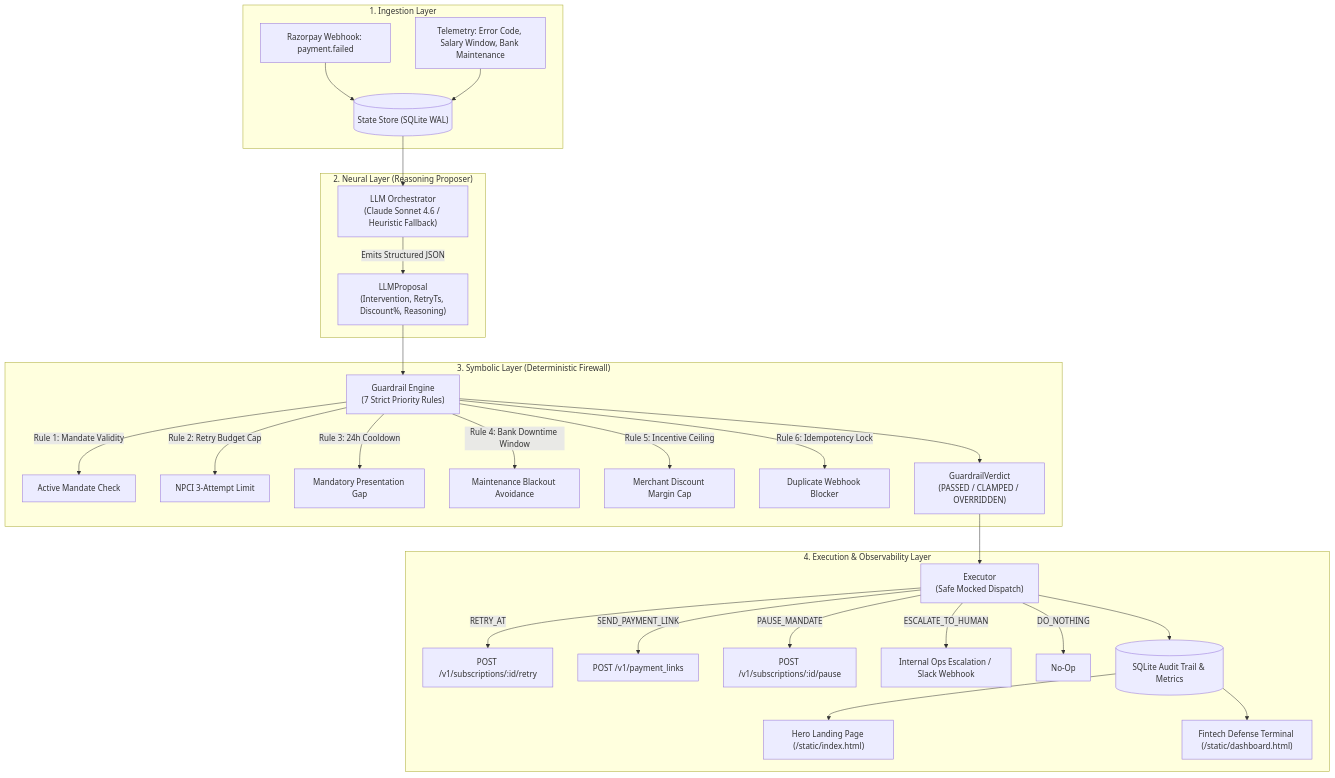
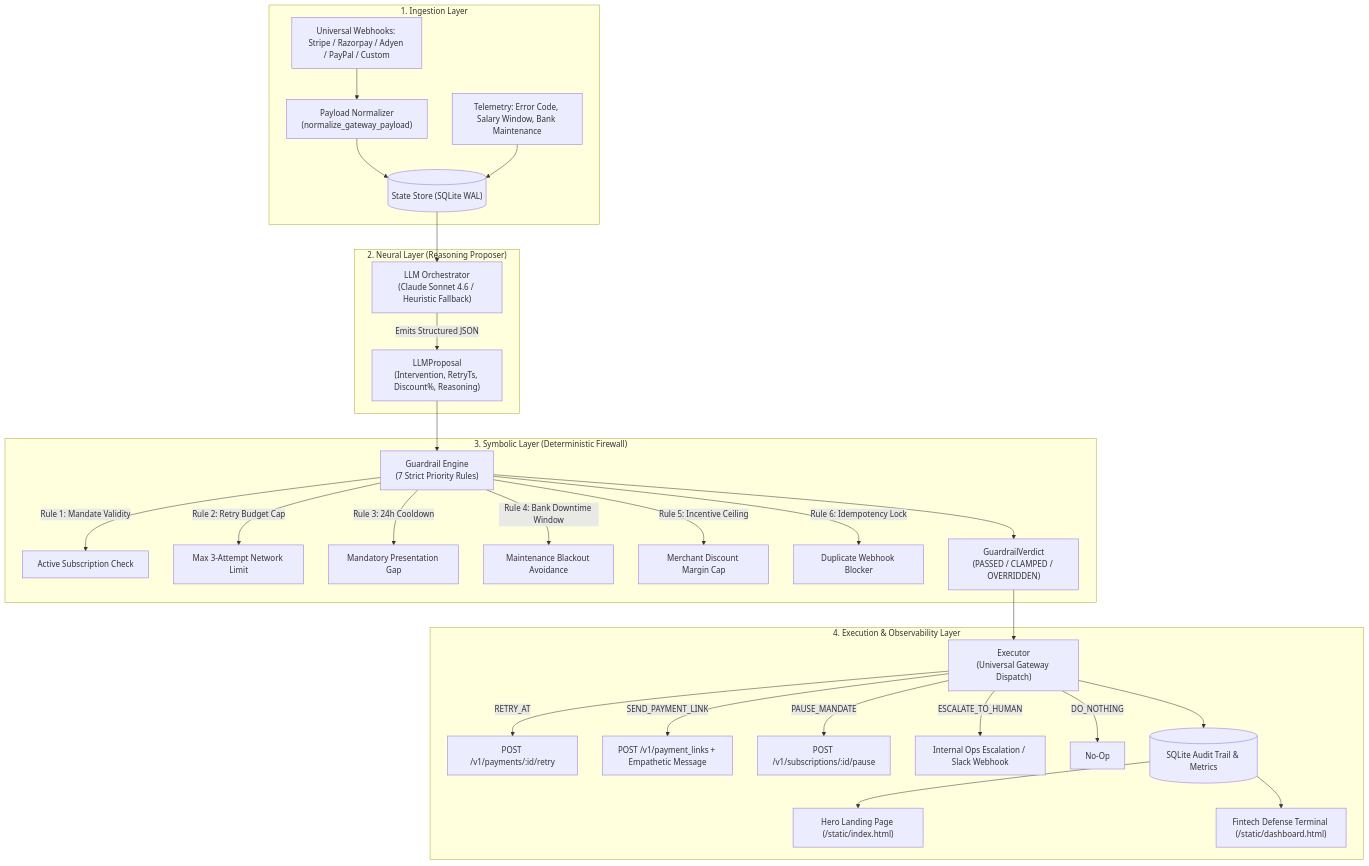
One commit to Awwad-007/TAHSIL changed the diagram in README.md. Above: the diagram before and after it, drawn with Mermaid. The commit also changed other lines of this file and 7 other files, not shown here.

````diff
--- a/README.md
+++ b/README.md
@@ -65,35 +100,36 @@
 ```mermaid
 flowchart TD
     subgraph INGESTION ["1. Ingestion Layer"]
-        WH["Razorpay Webhook: payment.failed"] --> STORE[("State Store (SQLite WAL)")]
+        WH["Universal Webhooks: Stripe / Razorpay / Adyen / PayPal / Custom"] --> NORM["Payload Normalizer<br/>(normalize_gateway_payload)"]
+        NORM --> STORE[("State Store (SQLite WAL)")]
         TEL["Telemetry: Error Code, Salary Window, Bank Maintenance"] --> STORE
     end
 
     subgraph NEURAL ["2. Neural Layer (Reasoning Proposer)"]
         STORE --> LLM["LLM Orchestrator<br/>(Claude Sonnet 4.6 / Heuristic Fallback)"]
         LLM -->|Emits Structured JSON| PROP["LLMProposal<br/>(Intervention, RetryTs, Discount%, Reasoning)"]
     end
 
     subgraph SYMBOLIC ["3. Symbolic Layer (Deterministic Firewall)"]
         PROP --> G["Guardrail Engine<br/>(7 Strict Priority Rules)"]
-        G -->|Rule 1: Mandate Validity| V1["Active Mandate Check"]
-        G -->|Rule 2: Retry Budget Cap| V2["NPCI 3-Attempt Limit"]
+        G -->|Rule 1: Mandate Validity| V1["Active Subscription Check"]
+        G -->|Rule 2: Retry Budget Cap| V2["Max 3-Attempt Network Limit"]
         G -->|Rule 3: 24h Cooldown| V3["Mandatory Presentation Gap"]
         G -->|Rule 4: Bank Downtime Window| V4["Maintenance Blackout Avoidance"]
         G -->|Rule 5: Incentive Ceiling| V5["Merchant Discount Margin Cap"]
         G -->|Rule 6: Idempotency Lock| V6["Duplicate Webhook Blocker"]
         G --> VERD["GuardrailVerdict<br/>(PASSED / CLAMPED / OVERRIDDEN)"]
     end
 
     subgraph EXECUTION ["4. Execution & Observability Layer"]
-        VERD --> EX["Executor<br/>(Safe Mocked Dispatch)"]
-        EX -->|RETRY_AT| RZP1["POST /v1/subscriptions/:id/retry"]
-        EX -->|SEND_PAYMENT_LINK| RZP2["POST /v1/payment_links"]
-        EX -->|PAUSE_MANDATE| RZP3["POST /v1/subscriptions/:id/pause"]
+        VERD --> EX["Executor<br/>(Universal Gateway Dispatch)"]
+        EX -->|RETRY_AT| GW1["POST /v1/payments/:id/retry"]
+        EX -->|SEND_PAYMENT_LINK| GW2["POST /v1/payment_links + Empathetic Message"]
+        EX -->|PAUSE_MANDATE| GW3["POST /v1/subscriptions/:id/pause"]
         EX -->|ESCALATE_TO_HUMAN| OPS["Internal Ops Escalation / Slack Webhook"]
         EX -->|DO_NOTHING| NOOP["No-Op"]
         EX --> AUDIT[("SQLite Audit Trail & Metrics")]
         AUDIT --> UI1["Hero Landing Page (/static/index.html)"]
         AUDIT --> UI2["Fintech Defense Terminal (/static/dashboard.html)"]
     end
 ```
````
